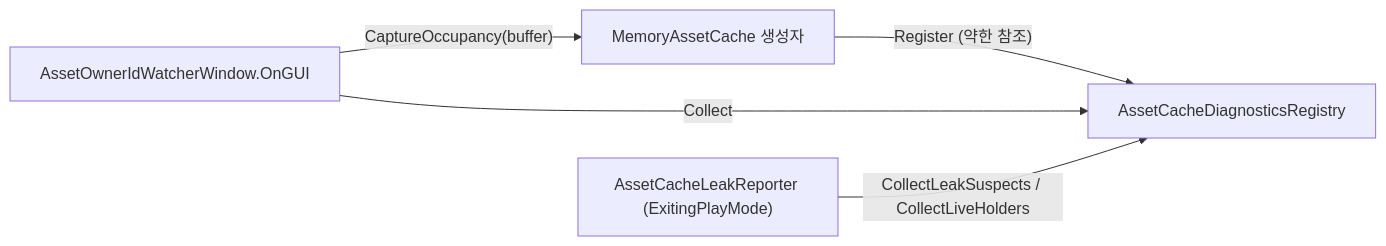
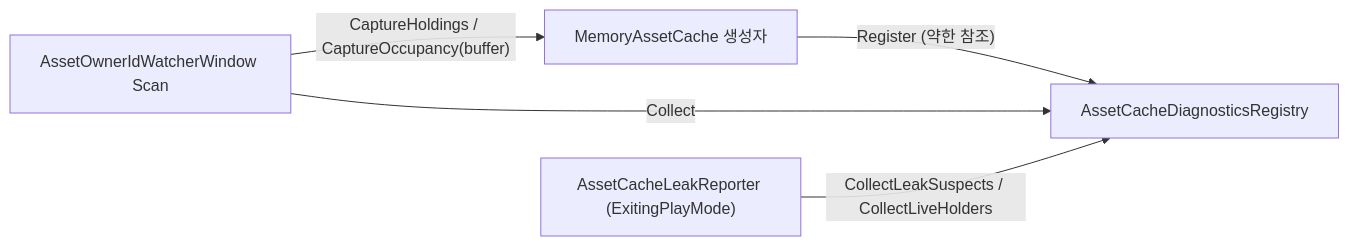
One commit to HoHong123/HCUP-Unity changed the first of 2 diagrams in HResource/Editor/README.md. Above: the diagram before and after it, drawn with Mermaid. The commit also changed other lines of this file, not shown here.

Commit message:
[Docs] 📝 23.09.26 Describe the watcher Scan flow and per-tab capture in the HResource editor README

````diff
--- a/HResource/Editor/README.md
+++ b/HResource/Editor/README.md
@@ -51,7 +51,7 @@
 ```mermaid
 flowchart LR
     C["MemoryAssetCache 생성자"] -->|"Register (약한 참조)"| R["AssetCacheDiagnosticsRegistry"]
-    W["AssetOwnerIdWatcherWindow.OnGUI"] -->|"Collect"| R
-    W -->|"CaptureOccupancy(buffer)"| C
+    W["AssetOwnerIdWatcherWindow Scan"] -->|"Collect"| R
+    W -->|"CaptureHoldings / CaptureOccupancy(buffer)"| C
     X["AssetCacheLeakReporter (ExitingPlayMode)"] -->|"CollectLeakSuspects / CollectLiveHolders"| R
 ```
````
